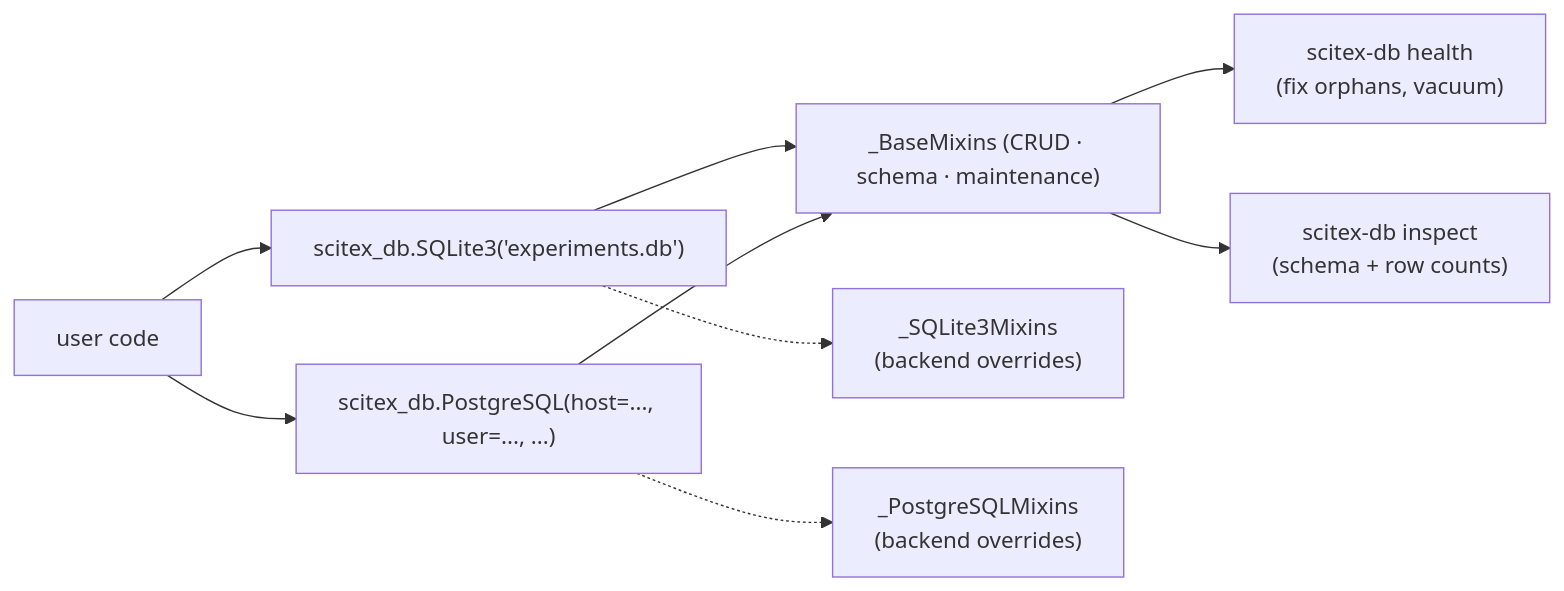
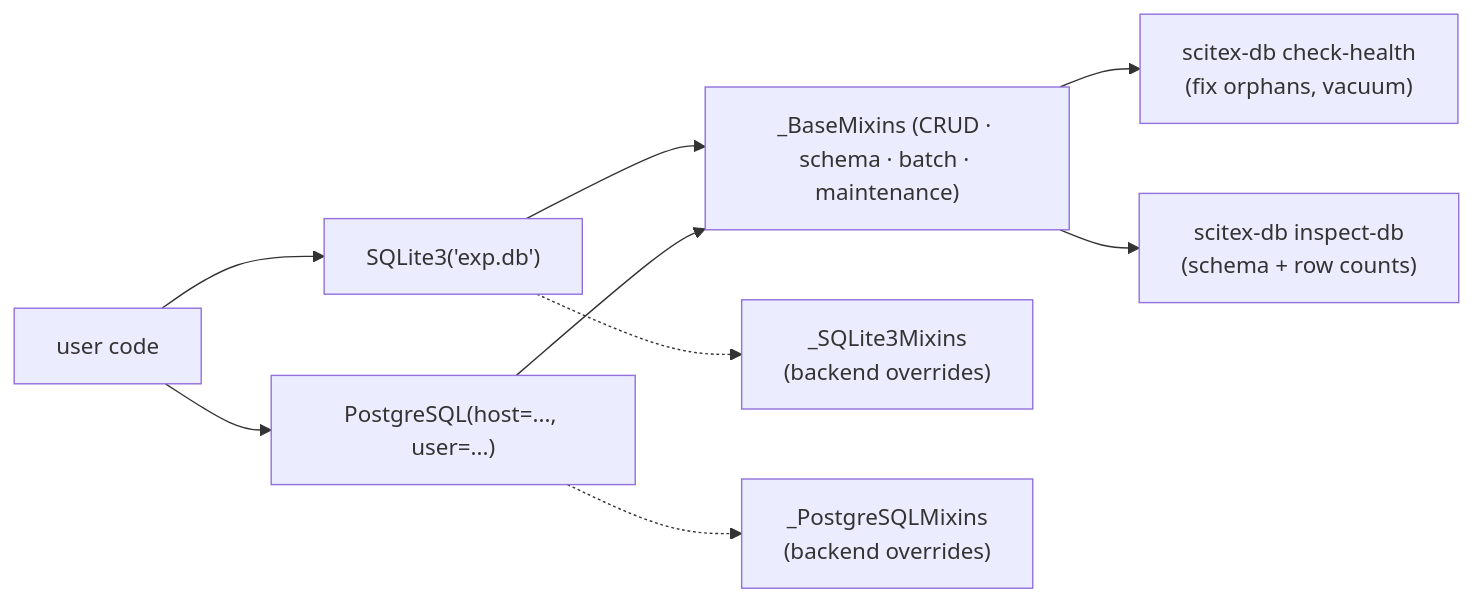
The diagram in README.md (scitex-ai/scitex-db), drawn with Mermaid before and after one commit. The commit also changed other lines of this file and 3 other files, not shown here.

````diff
--- a/README.md
+++ b/README.md
@@ -191,11 +155,11 @@
 ```mermaid
 flowchart LR
-    U["user code"] --> A["scitex_db.SQLite3('experiments.db')"]
-    U --> B["scitex_db.PostgreSQL(host=..., user=..., ...)"]
-    A --> M["_BaseMixins (CRUD · schema · maintenance)"]
+    U["user code"] --> A["SQLite3('exp.db')"]
+    U --> B["PostgreSQL(host=..., user=...)"]
+    A --> M["_BaseMixins (CRUD · schema · batch · maintenance)"]
     B --> M
     A -.-> SM["_SQLite3Mixins<br/>(backend overrides)"]
     B -.-> PM["_PostgreSQLMixins<br/>(backend overrides)"]
-    M --> H["scitex-db health<br/>(fix orphans, vacuum)"]
-    M --> I["scitex-db inspect<br/>(schema + row counts)"]
+    M --> H["scitex-db check-health<br/>(fix orphans, vacuum)"]
+    M --> I["scitex-db inspect-db<br/>(schema + row counts)"]
 ```
````
